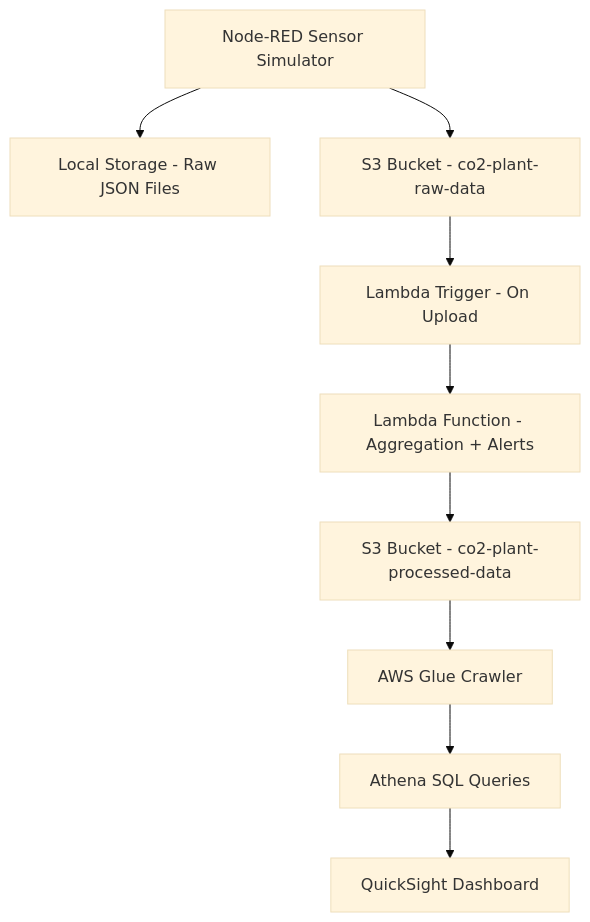
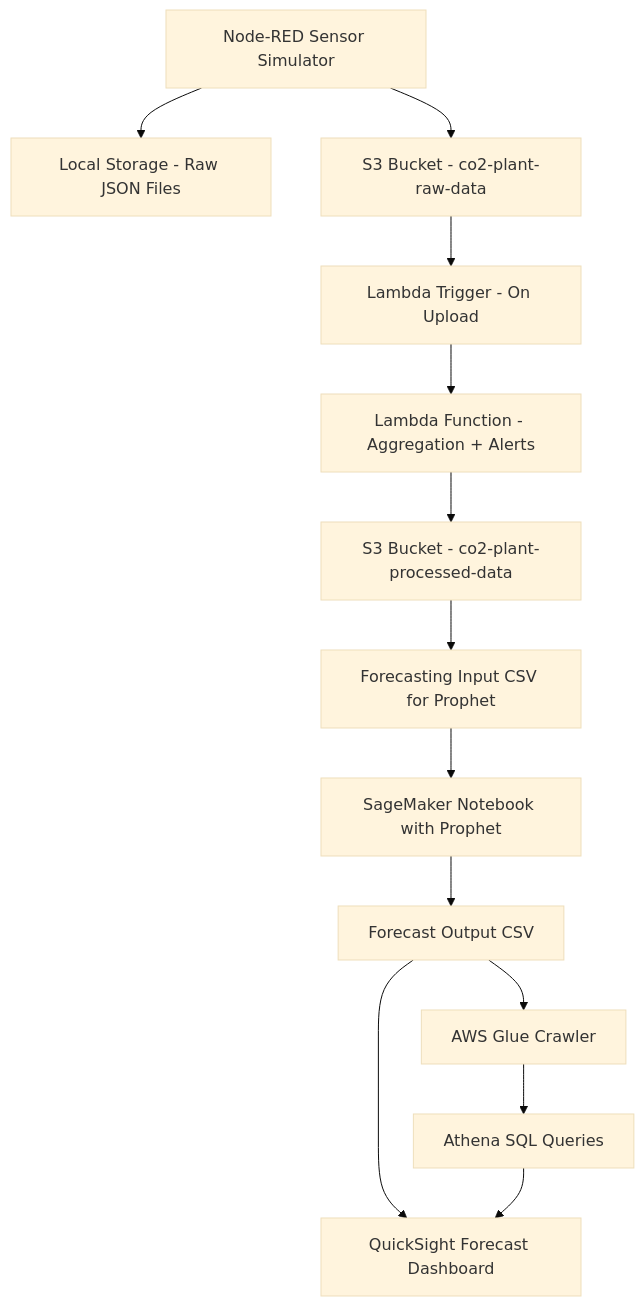
Before and after one commit to Vijay9397/GCT-Case-Study: the diagram in README.md, drawn with Mermaid (base theme). The commit also changed other lines of this file and 12 other files, not shown here.

Commit message:
Forecasting using Sagemaker Studio(with Python + Prophet) and updated readme

````diff
--- a/README.md
+++ b/README.md
@@ -144,12 +218,16 @@
 ```mermaid
 graph TD
   A[Node-RED Sensor Simulator]
   A --> B[Local Storage - Raw JSON Files]
   A --> C[S3 Bucket - co2-plant-raw-data]
   C --> D[Lambda Trigger - On Upload]
   D --> E[Lambda Function - Aggregation + Alerts]
   E --> F[S3 Bucket - co2-plant-processed-data]
-  F --> G[AWS Glue Crawler]
-  G --> H[Athena SQL Queries]
-  H --> I[QuickSight Dashboard]
+  F --> G1[Forecasting Input CSV for Prophet]
+  G1 --> G2[SageMaker Notebook with Prophet]
+  G2 --> G3[Forecast Output CSV]
+  G3 --> H[AWS Glue Crawler]
+  H --> I[Athena SQL Queries]
+  G3 --> J[QuickSight Forecast Dashboard]
+  I --> J
 ```
````
